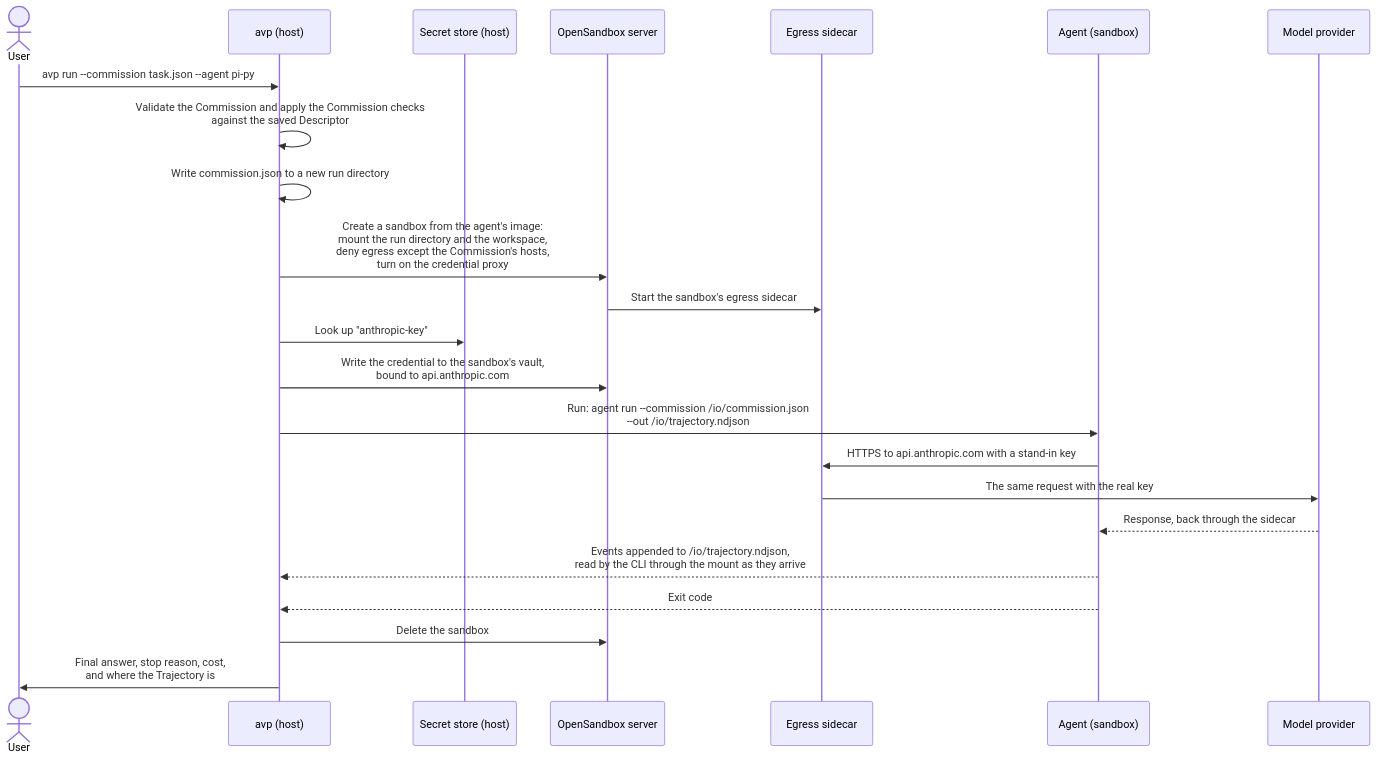
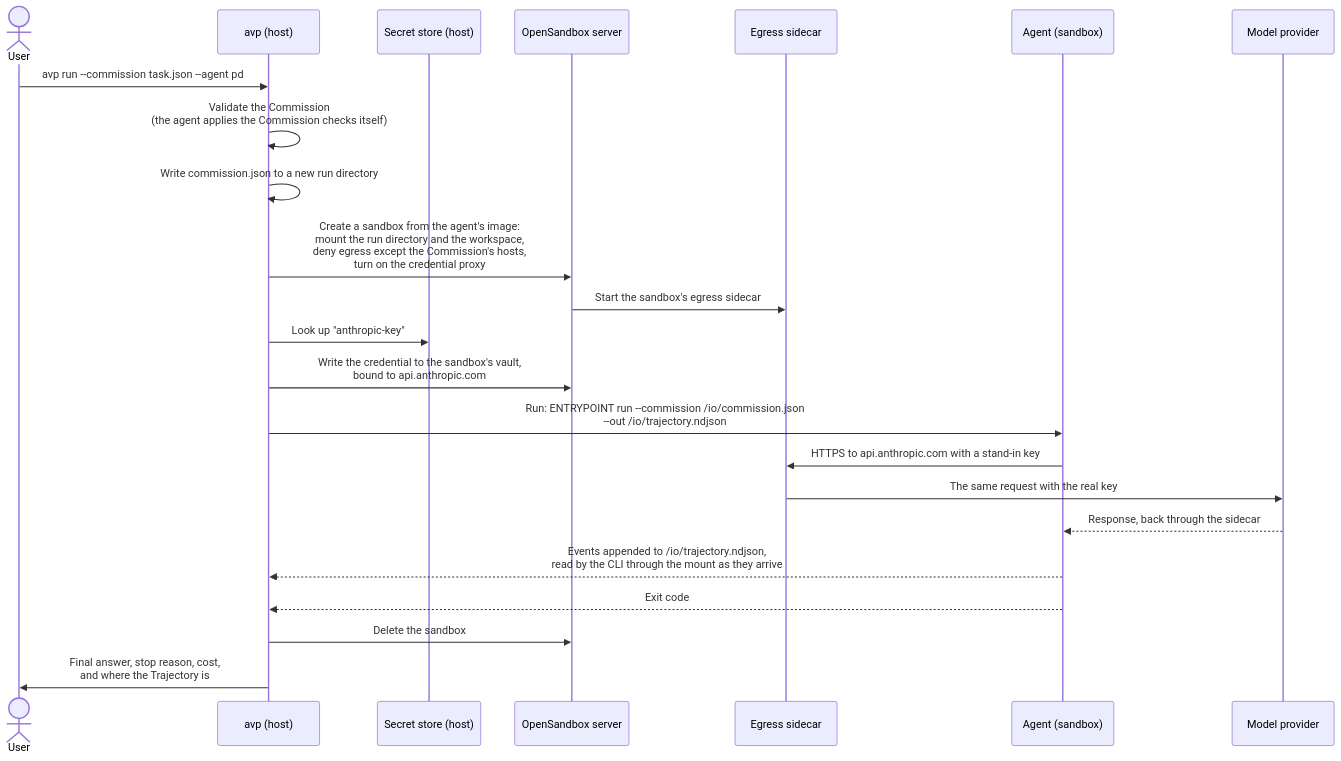
The second of 2 diagrams in avp-cli/COMMANDS.md (portofcontext/agent-voyager-project), drawn with Mermaid before and after one commit. The commit also changed other lines of this file and 20 other files, not shown here.

First line of the commit message:
feat(avp-cli): agent install, uninstall, list, ping, describe, and sandbox start, stop, status

````diff
--- a/avp-cli/COMMANDS.md
+++ b/avp-cli/COMMANDS.md
@@ -115,26 +116,26 @@
 ```mermaid
 sequenceDiagram
     actor User
     participant CLI as avp (host)
     participant Secrets as Secret store (host)
     participant OSB as OpenSandbox server
     participant Sidecar as Egress sidecar
     participant Agent as Agent (sandbox)
     participant Model as Model provider
 
-    User->>CLI: avp run --commission task.json --agent pi-py
-    CLI->>CLI: Validate the Commission and apply the Commission checks<br/>against the saved Descriptor
+    User->>CLI: avp run --commission task.json --agent pd
+    CLI->>CLI: Validate the Commission<br/>(the agent applies the Commission checks itself)
     CLI->>CLI: Write commission.json to a new run directory
     CLI->>OSB: Create a sandbox from the agent's image:<br/>mount the run directory and the workspace,<br/>deny egress except the Commission's hosts,<br/>turn on the credential proxy
     OSB->>Sidecar: Start the sandbox's egress sidecar
     CLI->>Secrets: Look up "anthropic-key"
     CLI->>OSB: Write the credential to the sandbox's vault,<br/>bound to api.anthropic.com
-    CLI->>Agent: Run: agent run --commission /io/commission.json<br/>--out /io/trajectory.ndjson
+    CLI->>Agent: Run: ENTRYPOINT run --commission /io/commission.json<br/>--out /io/trajectory.ndjson
     Agent->>Sidecar: HTTPS to api.anthropic.com with a stand-in key
     Sidecar->>Model: The same request with the real key
     Model-->>Agent: Response, back through the sidecar
     Agent-->>CLI: Events appended to /io/trajectory.ndjson,<br/>read by the CLI through the mount as they arrive
     Agent-->>CLI: Exit code
     CLI->>OSB: Delete the sandbox
     CLI->>User: Final answer, stop reason, cost,<br/>and where the Trajectory is
 ```
````
